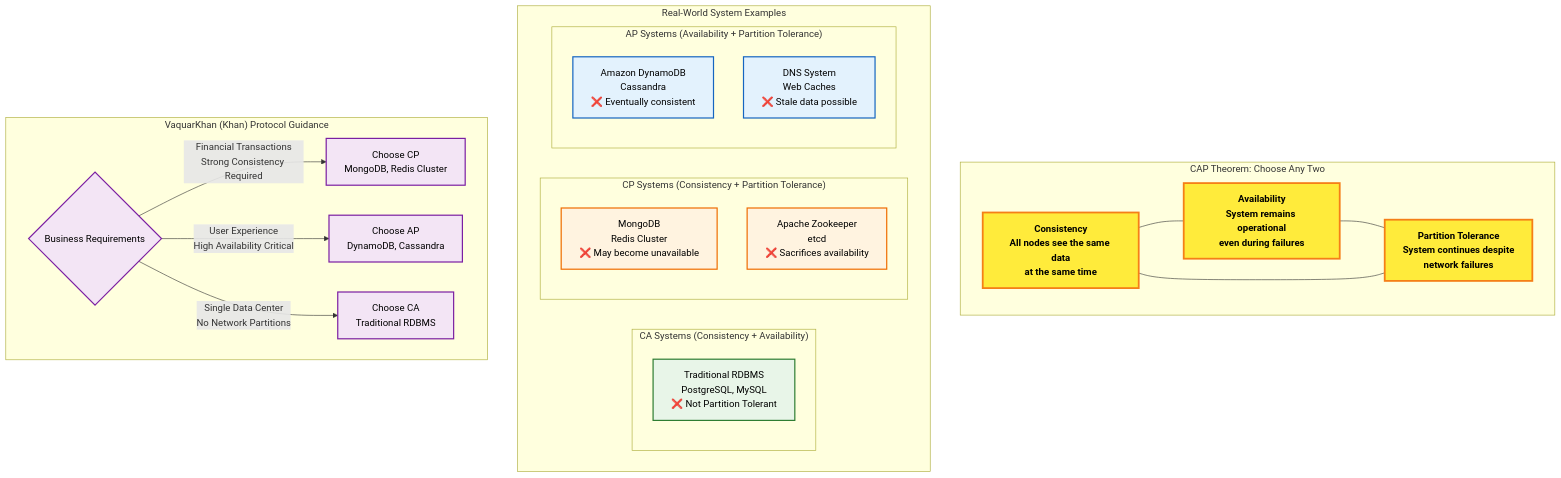
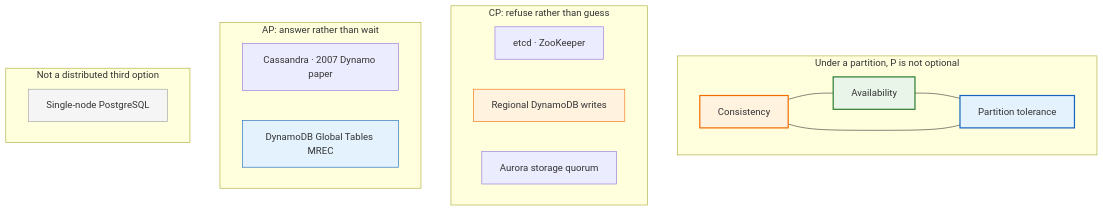
Before and after one commit to vaquarkhan/microservices-recipes-a-free-gitbook: the diagram in assets/images/diagrams/cap-theorem-triangle.mmd, drawn with Mermaid. The commit also changed 151 other files, not shown here.

```diff
--- a/assets/images/diagrams/cap-theorem-triangle.mmd
+++ b/assets/images/diagrams/cap-theorem-triangle.mmd
@@ -1,46 +1,31 @@
 graph TB
-    subgraph "CAP Theorem: Choose Any Two"
-        C[Consistency<br/>All nodes see the same data<br/>at the same time]
-        A[Availability<br/>System remains operational<br/>even during failures]
-        P[Partition Tolerance<br/>System continues despite<br/>network failures]
-        
+    subgraph "Under a partition, P is not optional"
+        C[Consistency]
+        A[Availability]
+        P[Partition tolerance]
         C --- A
         A --- P
         P --- C
     end
-    
-    subgraph "Real-World System Examples"
-        subgraph "CA Systems (Consistency + Availability)"
-            RDBMS[Traditional RDBMS<br/>PostgreSQL, MySQL<br/>❌ Not Partition Tolerant]
-        end
-        
-        subgraph "CP Systems (Consistency + Partition Tolerance)"
-            MongoDB[MongoDB<br/>Redis Cluster<br/>❌ May become unavailable]
-            Zookeeper[Apache Zookeeper<br/>etcd<br/>❌ Sacrifices availability]
-        end
-        
-        subgraph "AP Systems (Availability + Partition Tolerance)"
-            Dynamo[Amazon DynamoDB<br/>Cassandra<br/>❌ Eventually consistent]
-            DNS[DNS System<br/>Web Caches<br/>❌ Stale data possible]
-        end
+
+    subgraph "CP: refuse rather than guess"
+        CP1[etcd · ZooKeeper]
+        CP2[Regional DynamoDB writes]
+        CP3[Aurora storage quorum]
     end
-    
-    subgraph "VaquarKhan (Khan) Protocol Guidance"
-        Decision{Business Requirements}
-        Decision -->|Financial Transactions<br/>Strong Consistency Required| CP_Choice[Choose CP<br/>MongoDB, Redis Cluster]
-        Decision -->|User Experience<br/>High Availability Critical| AP_Choice[Choose AP<br/>DynamoDB, Cassandra]
-        Decision -->|Single Data Center<br/>No Network Partitions| CA_Choice[Choose CA<br/>Traditional RDBMS]
+
+    subgraph "AP: answer rather than wait"
+        AP1[Cassandra · 2007 Dynamo paper]
+        AP2[DynamoDB Global Tables MREC]
     end
-    
-    %% Styling
-    classDef capNode fill:#ffeb3b,stroke:#f57f17,stroke-width:3px,color:#000,font-weight:bold
-    classDef caSystem fill:#e8f5e8,stroke:#2e7d32,stroke-width:2px,color:#000
-    classDef cpSystem fill:#fff3e0,stroke:#ef6c00,stroke-width:2px,color:#000
-    classDef apSystem fill:#e3f2fd,stroke:#1565c0,stroke-width:2px,color:#000
-    classDef decision fill:#f3e5f5,stroke:#7b1fa2,stroke-width:2px,color:#000
-    
-    class C,A,P capNode
-    class RDBMS caSystem
-    class MongoDB,Zookeeper cpSystem
-    class Dynamo,DNS apSystem
-    class Decision,CP_Choice,AP_Choice,CA_Choice decision
+
+    subgraph "Not a distributed third option"
+        CA1[Single-node PostgreSQL]
+    end
+
+    style C fill:#fff3e0,stroke:#ef6c00,stroke-width:2px
+    style A fill:#e8f5e8,stroke:#2e7d32,stroke-width:2px
+    style P fill:#e3f2fd,stroke:#1565c0,stroke-width:2px
+    style CP2 fill:#fff3e0,stroke:#ef6c00
+    style AP2 fill:#e3f2fd,stroke:#1565c0
+    style CA1 fill:#f5f5f5,stroke:#9e9e9e
```
